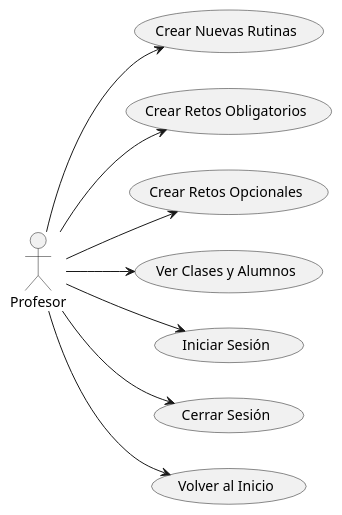
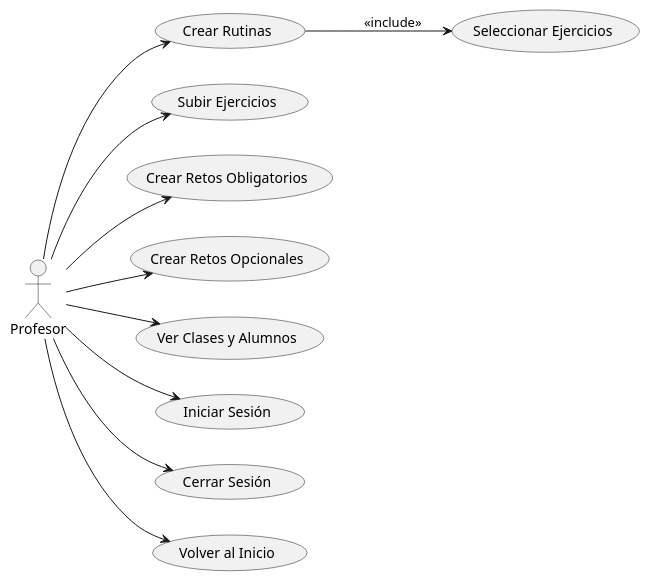
Before and after one commit to mmasias/24-25-IdSw1-SDR: the diagram in Documentos/CasosUso/CdU_Profesor.puml, drawn with PlantUML.

Commit message:
Crear rutinas, seleccionar ejercicios, subir ejercicios

```diff
--- a/Documentos/CasosUso/CdU_Profesor.puml
+++ b/Documentos/CasosUso/CdU_Profesor.puml
@@ -1,22 +1,27 @@
 @startuml
 left to right direction
 
 actor Profesor
 
-usecase "Crear Nuevas Rutinas" as CrearRutinas
+usecase "Crear Rutinas" as CrearRutinas
+usecase "Seleccionar Ejercicios" as SeleccionarEjercicios
+usecase "Subir Ejercicios" as SubirEjercicios
 usecase "Crear Retos Obligatorios" as CrearRetosObligatorios
 usecase "Crear Retos Opcionales" as CrearRetosOpcionales
 usecase "Ver Clases y Alumnos" as VerClasesAlumnos
 usecase "Iniciar Sesión" as IniciarSesion
 usecase "Cerrar Sesión" as CerrarSesion
 usecase "Volver al Inicio" as VolverInicio
 
 Profesor --> CrearRutinas
+Profesor --> SubirEjercicios
 Profesor --> CrearRetosObligatorios
 Profesor --> CrearRetosOpcionales
 Profesor --> VerClasesAlumnos
 Profesor --> IniciarSesion
 Profesor --> CerrarSesion
 Profesor --> VolverInicio
 
+CrearRutinas --> SeleccionarEjercicios : <<include>>
+
 @enduml
```
